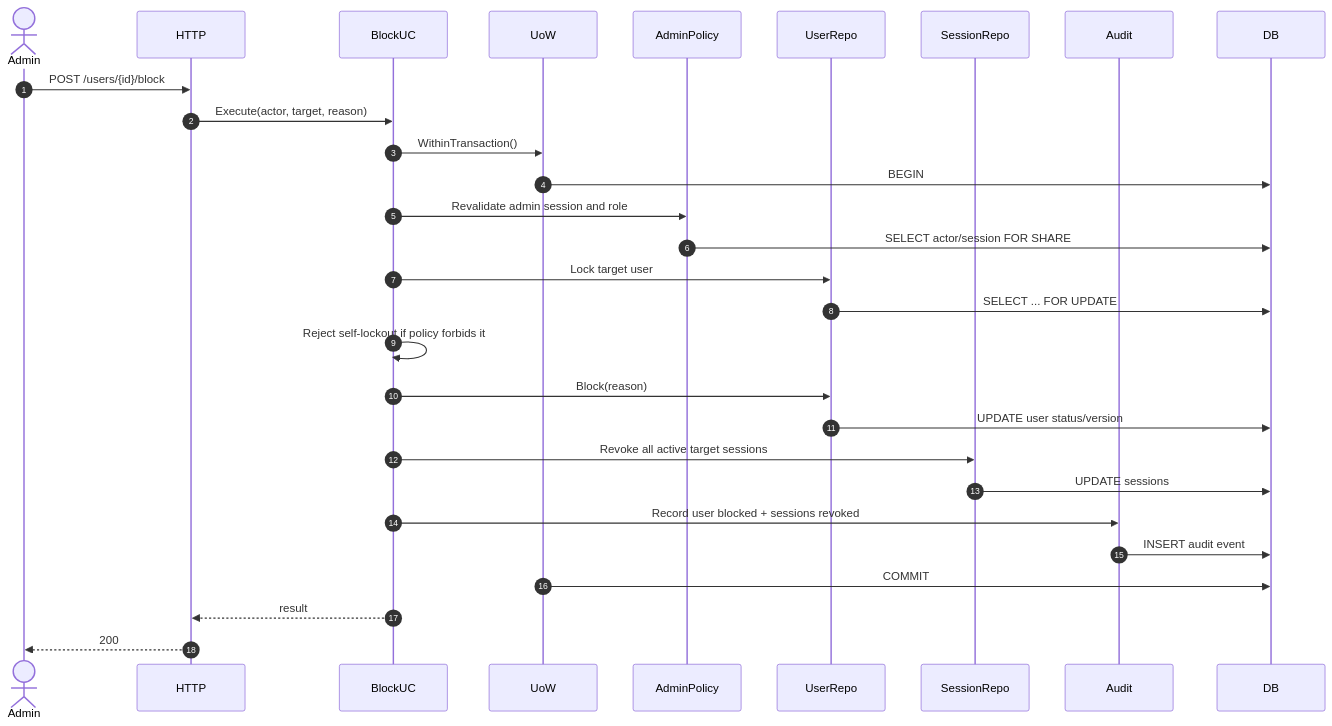
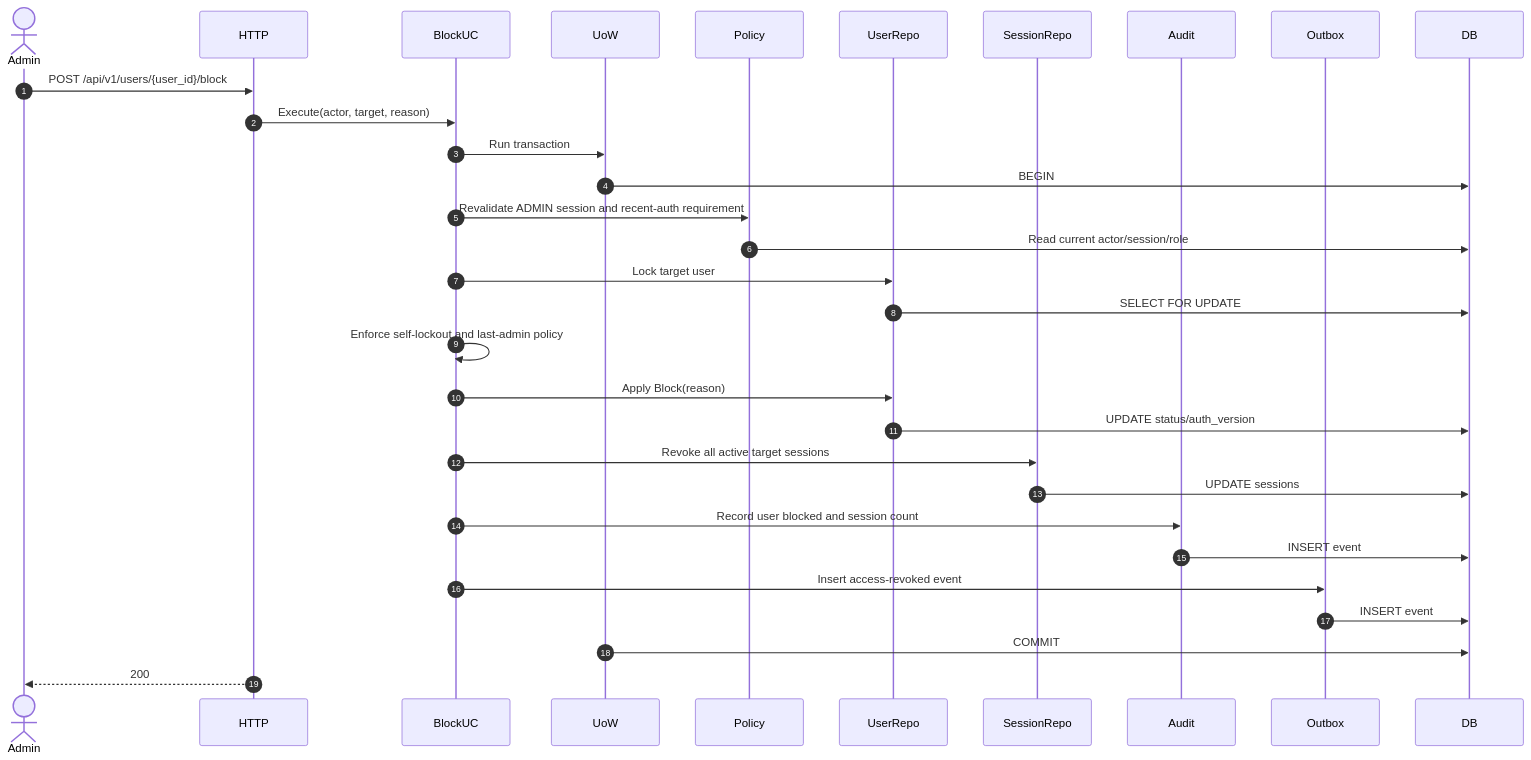
One commit to GulovM/PharmacyCRM changed the fifth of 19 diagrams in docs/10-sequence-diagrams.md. Above: the diagram before and after it, drawn with Mermaid. The commit also changed other lines of this file, not shown here.

Commit message:
Harden critical sequence and transaction protocols

````diff
--- a/docs/10-sequence-diagrams.md
+++ b/docs/10-sequence-diagrams.md
@@ -147,32 +248,34 @@
 ```mermaid
 sequenceDiagram
     autonumber
     actor Admin
     participant HTTP
     participant BlockUC
     participant UoW
-    participant AdminPolicy
+    participant Policy
     participant UserRepo
     participant SessionRepo
     participant Audit
+    participant Outbox
     participant DB
 
-    Admin->>HTTP: POST /users/{id}/block
+    Admin->>HTTP: POST /api/v1/users/{user_id}/block
     HTTP->>BlockUC: Execute(actor, target, reason)
-    BlockUC->>UoW: WithinTransaction()
+    BlockUC->>UoW: Run transaction
     UoW->>DB: BEGIN
-    BlockUC->>AdminPolicy: Revalidate admin session and role
-    AdminPolicy->>DB: SELECT actor/session FOR SHARE
+    BlockUC->>Policy: Revalidate ADMIN session and recent-auth requirement
+    Policy->>DB: Read current actor/session/role
     BlockUC->>UserRepo: Lock target user
-    UserRepo->>DB: SELECT ... FOR UPDATE
-    BlockUC->>BlockUC: Reject self-lockout if policy forbids it
-    BlockUC->>UserRepo: Block(reason)
-    UserRepo->>DB: UPDATE user status/version
+    UserRepo->>DB: SELECT FOR UPDATE
+    BlockUC->>BlockUC: Enforce self-lockout and last-admin policy
+    BlockUC->>UserRepo: Apply Block(reason)
+    UserRepo->>DB: UPDATE status/auth_version
     BlockUC->>SessionRepo: Revoke all active target sessions
     SessionRepo->>DB: UPDATE sessions
-    BlockUC->>Audit: Record user blocked + sessions revoked
-    Audit->>DB: INSERT audit event
+    BlockUC->>Audit: Record user blocked and session count
+    Audit->>DB: INSERT event
+    BlockUC->>Outbox: Insert access-revoked event
+    Outbox->>DB: INSERT event
     UoW->>DB: COMMIT
-    BlockUC-->>HTTP: result
     HTTP-->>Admin: 200
 ```
````
